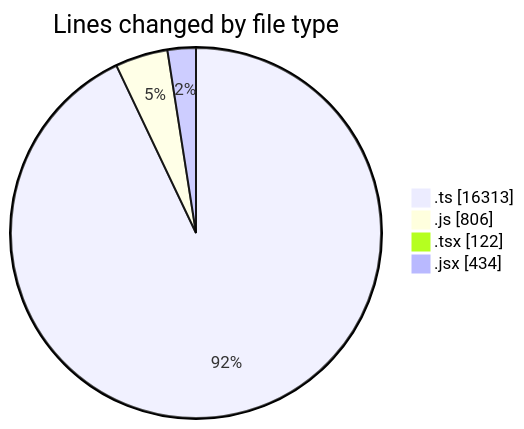
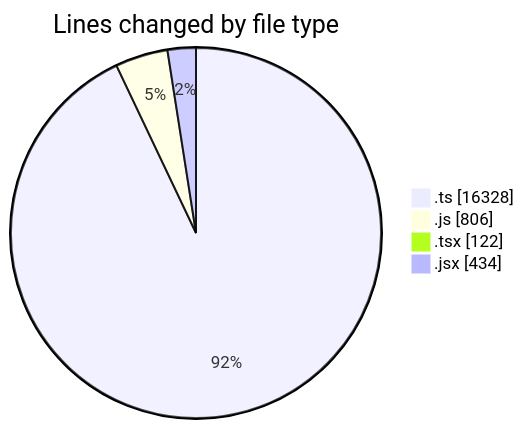
One commit to momahboobian/code-tracking changed the first of 2 diagrams in 2025-11-12/cda/README.md. Above: the diagram before and after it, drawn with Mermaid. The commit also changed other lines of this file and 1 other file, not shown here.

````diff
--- a/2025-11-12/cda/README.md
+++ b/2025-11-12/cda/README.md
@@ -33,8 +33,8 @@
 ```mermaid
 pie showData
 title Lines changed by file type
-".ts" : 16313
+".ts" : 16328
 ".js" : 806
 ".tsx" : 122
 ".jsx" : 434
 ```
````
